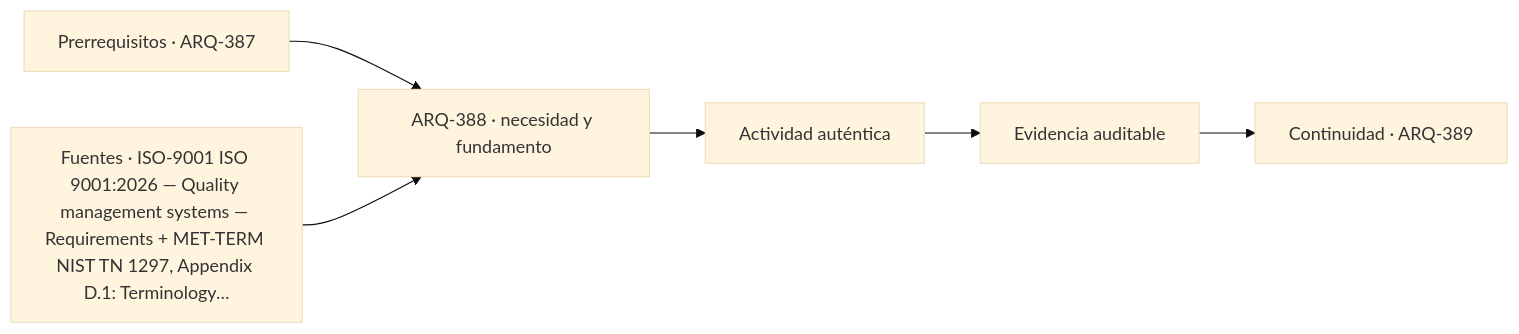
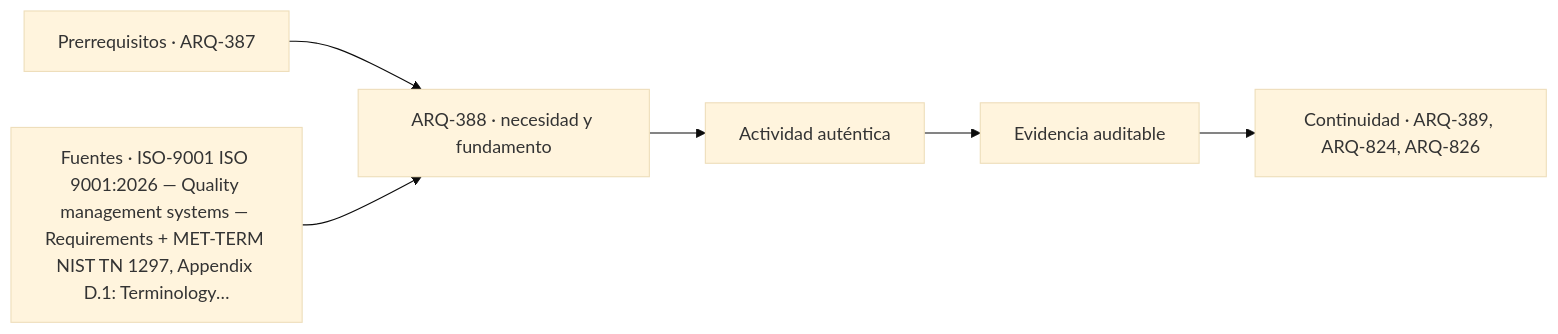
The diagram in classes/parte-39/ARQ-388.md (vladimiracunadev-create/architecture-built-environment-learning-program), drawn with Mermaid (base theme) before and after one commit. The commit also changed other lines of this file and 234 other files, not shown here.

````diff
--- a/classes/parte-39/ARQ-388.md
+++ b/classes/parte-39/ARQ-388.md
@@ -113,8 +113,8 @@
 ```mermaid
 flowchart LR
     A["Prerrequisitos · ARQ-387"] --> B["ARQ-388 · necesidad y fundamento"]
     S["Fuentes · ISO-9001 ISO 9001:2026 — Quality management systems — Requirements + MET-TERM NIST TN 1297, Appendix D.1: Terminology…"] --> B
     B --> C["Actividad auténtica"]
     C --> D["Evidencia auditable"]
-    D --> E["Continuidad · ARQ-389"]
+    D --> E["Continuidad · ARQ-389, ARQ-824, ARQ-826"]
 ```
````
